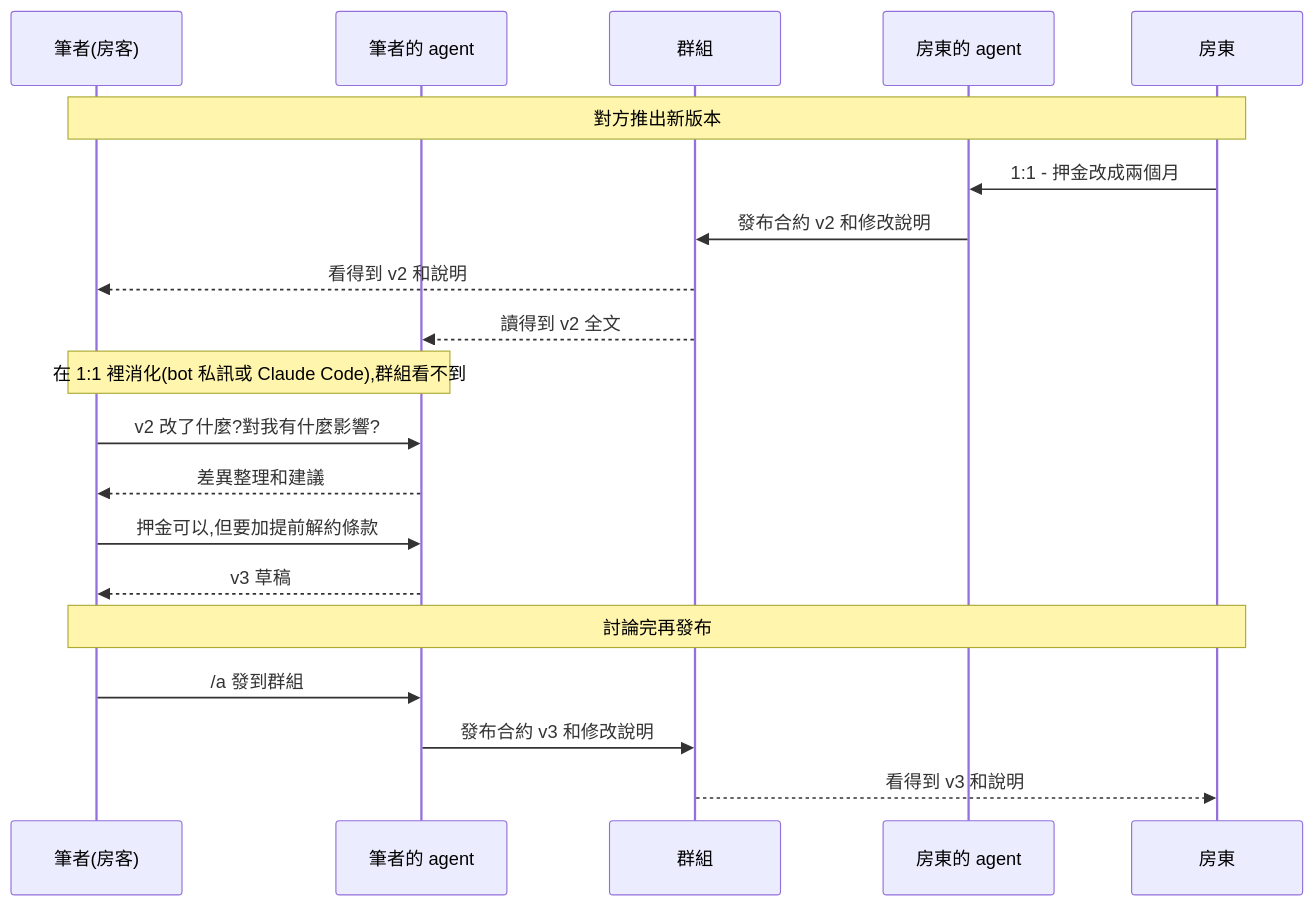
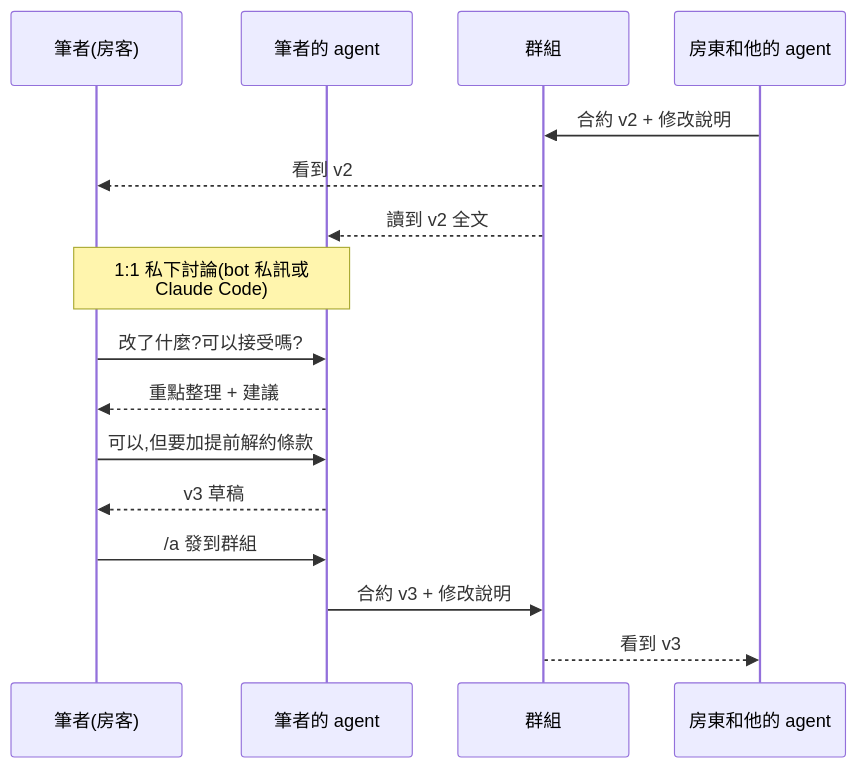
One commit to ccqqder/can2cup changed the diagram in docs/i18n/README.zh-TW.md. Above: the diagram before and after it, drawn with Mermaid. The commit also changed 2 other files, not shown here.

Commit message:
README: narrower lease diagram so the text stays readable at GitHub width
Four lanes instead of five (landlord and their agent share one), shorter
labels, wrap on, one note instead of three full-width ones.

````diff
--- a/docs/i18n/README.zh-TW.md
+++ b/docs/i18n/README.zh-TW.md
@@ -45,25 +45,22 @@
 ```mermaid
+%%{init: {"sequence": {"wrap": true, "width": 150, "actorMargin": 40, "messageFontSize": 16, "noteFontSize": 15, "actorFontSize": 16}}}%%
 sequenceDiagram
     participant A as 筆者(房客)
     participant AA as 筆者的 agent
     participant G as 群組
-    participant BA as 房東的 agent
-    participant B as 房東
+    participant L as 房東和他的 agent
 
-    Note over A,B: 對方推出新版本
-    B->>BA: 1:1 - 押金改成兩個月
-    BA->>G: 發布合約 v2 和修改說明
-    G-->>A: 看得到 v2 和說明
-    G-->>AA: 讀得到 v2 全文
+    L->>G: 合約 v2 + 修改說明
+    G-->>A: 看到 v2
+    G-->>AA: 讀到 v2 全文
 
-    Note over A,AA: 在 1:1 裡消化(bot 私訊或 Claude Code),群組看不到
-    A->>AA: v2 改了什麼?對我有什麼影響?
-    AA-->>A: 差異整理和建議
-    A->>AA: 押金可以,但要加提前解約條款
+    Note over A,AA: 1:1 私下討論(bot 私訊或 Claude Code)
+    A->>AA: 改了什麼?可以接受嗎?
+    AA-->>A: 重點整理 + 建議
+    A->>AA: 可以,但要加提前解約條款
     AA-->>A: v3 草稿
 
-    Note over A,B: 討論完再發布
     A->>AA: /a 發到群組
-    AA->>G: 發布合約 v3 和修改說明
-    G-->>B: 看得到 v3 和說明
+    AA->>G: 合約 v3 + 修改說明
+    G-->>L: 看到 v3
 ```
````
